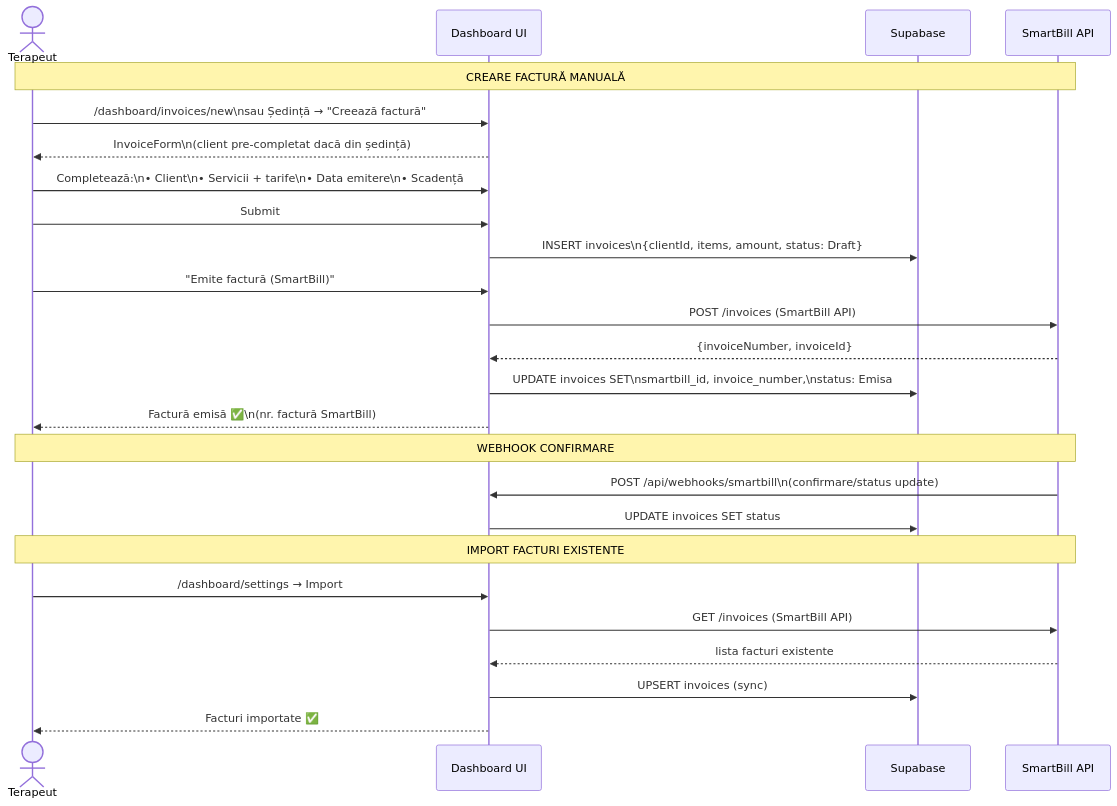
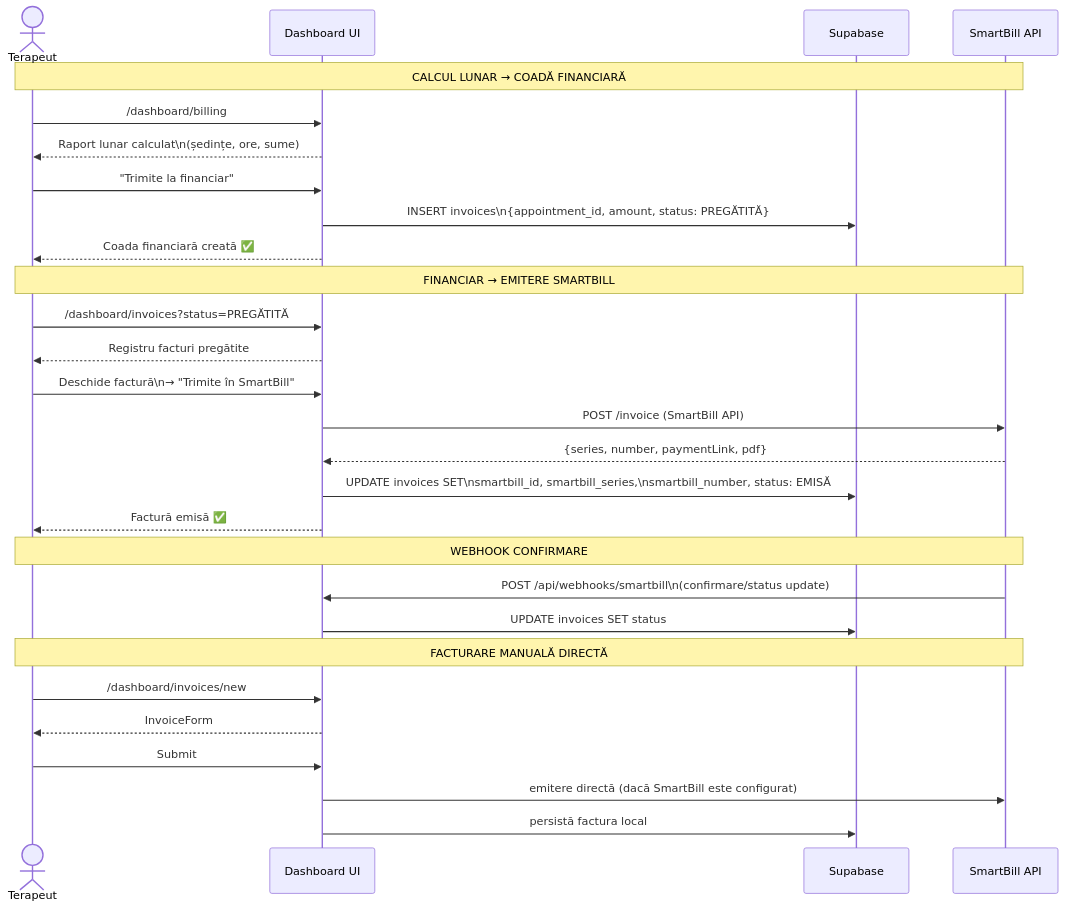
The first of 6 diagrams in fluxuri/07_facturare.md (UBKraust/Oncolink), drawn with Mermaid before and after one commit. The commit also changed other lines of this file and 21 other files, not shown here.

````diff
--- a/fluxuri/07_facturare.md
+++ b/fluxuri/07_facturare.md
@@ -21,38 +26,39 @@
 ```mermaid
 sequenceDiagram
     actor T as Terapeut
     participant UI as Dashboard UI
     participant DB as Supabase
     participant SB as SmartBill API
 
-    Note over T,SB: CREARE FACTURĂ MANUALĂ
+    Note over T,SB: CALCUL LUNAR → COADĂ FINANCIARĂ
 
-    T->>UI: /dashboard/invoices/new\nsau Ședință → "Creează factură"
-    UI-->>T: InvoiceForm\n(client pre-completat dacă din ședință)
+    T->>UI: /dashboard/billing
+    UI-->>T: Raport lunar calculat\n(ședințe, ore, sume)
+    T->>UI: "Trimite la financiar"
+    UI->>DB: INSERT invoices\n{appointment_id, amount, status: PREGĂTITĂ}
+    UI-->>T: Coada financiară creată ✅
 
-    T->>UI: Completează:\n• Client\n• Servicii + tarife\n• Data emitere\n• Scadență
+    Note over T,SB: FINANCIAR → EMITERE SMARTBILL
 
-    T->>UI: Submit
-    UI->>DB: INSERT invoices\n{clientId, items, amount, status: Draft}
+    T->>UI: /dashboard/invoices?status=PREGĂTITĂ
+    UI-->>T: Registru facturi pregătite
+    T->>UI: Deschide factură\n→ "Trimite în SmartBill"
+    UI->>SB: POST /invoice (SmartBill API)
+    SB-->>UI: {series, number, paymentLink, pdf}
+    UI->>DB: UPDATE invoices SET\nsmartbill_id, smartbill_series,\nsmartbill_number, status: EMISĂ
 
-    T->>UI: "Emite factură (SmartBill)"
-    UI->>SB: POST /invoices (SmartBill API)
-    SB-->>UI: {invoiceNumber, invoiceId}
-
-    UI->>DB: UPDATE invoices SET\nsmartbill_id, invoice_number,\nstatus: Emisa
-
-    UI-->>T: Factură emisă ✅\n(nr. factură SmartBill)
+    UI-->>T: Factură emisă ✅
 
     Note over T,SB: WEBHOOK CONFIRMARE
 
     SB->>UI: POST /api/webhooks/smartbill\n(confirmare/status update)
     UI->>DB: UPDATE invoices SET status
 
-    Note over T,SB: IMPORT FACTURI EXISTENTE
+    Note over T,SB: FACTURARE MANUALĂ DIRECTĂ
 
-    T->>UI: /dashboard/settings → Import
-    UI->>SB: GET /invoices (SmartBill API)
-    SB-->>UI: lista facturi existente
-    UI->>DB: UPSERT invoices (sync)
-    UI-->>T: Facturi importate ✅
+    T->>UI: /dashboard/invoices/new
+    UI-->>T: InvoiceForm
+    T->>UI: Submit
+    UI->>SB: emitere directă (dacă SmartBill este configurat)
+    UI->>DB: persistă factura local
 ```
````
